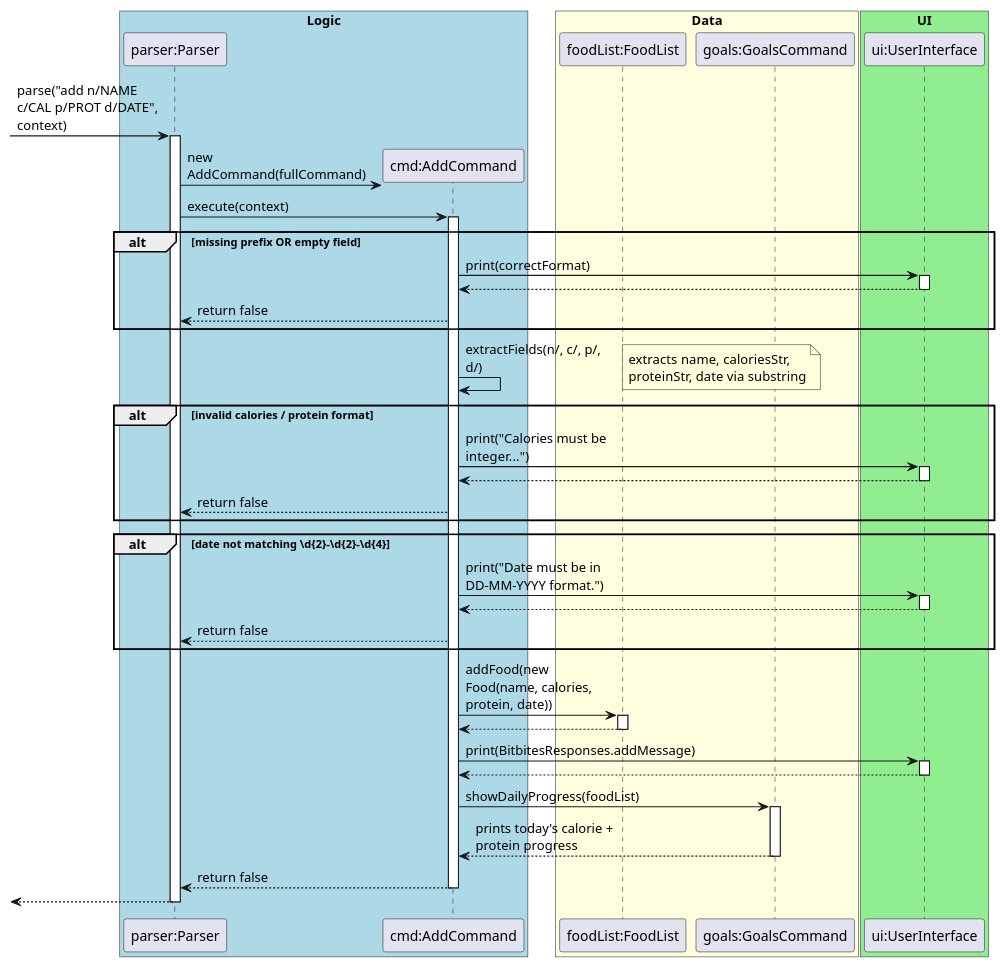
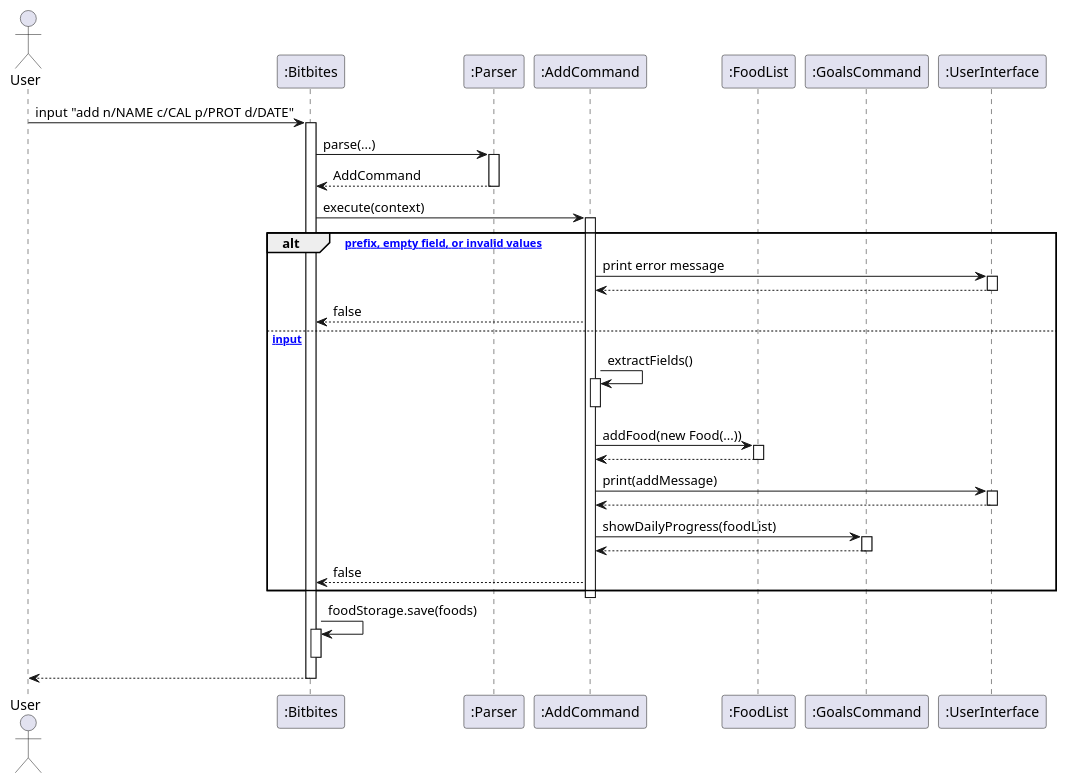
One commit to bryanyeo3125/tp changed the diagram in docs/uml/add_sequence.puml. Above: the diagram before and after it, drawn with PlantUML. The commit also changed 31 other files, not shown here.

```diff
--- a/docs/uml/add_sequence.puml
+++ b/docs/uml/add_sequence.puml
@@ -1,73 +1,57 @@
 @startuml
-skinparam arrowThickness 1.1
-skinparam maxMessageSize 150
+actor User
+participant ":Bitbites" as Bitbites
+participant ":Parser" as Parser
+participant ":AddCommand" as AddCommand
+participant ":FoodList" as FoodList
+participant ":GoalsCommand" as GoalsCommand
+participant ":UserInterface" as UI
 
-box "Logic" #LightBlue
-participant "parser:Parser" as Parser
-participant "cmd:AddCommand" as Add
-end box
+User -> Bitbites : input "add n/NAME c/CAL p/PROT d/DATE"
+activate Bitbites
 
-box "Data" #LightYellow
-participant "foodList:FoodList" as FoodList
-participant "goals:GoalsCommand" as Goals
-end box
+Bitbites -> Parser : parse(...)
+activate Parser
+Parser --> Bitbites : AddCommand
+deactivate Parser
 
-box "UI" #LightGreen
-participant "ui:UserInterface" as UI
-end box
+Bitbites -> AddCommand : execute(context)
+activate AddCommand
 
--> Parser : parse("add n/NAME c/CAL p/PROT d/DATE", context)
-activate Parser
+alt [missing prefix, empty field, or invalid values]
+  AddCommand -> UI : print error message
+  activate UI
+  UI --> AddCommand
+  deactivate UI
+  AddCommand --> Bitbites : false
+else [valid input]
+  AddCommand -> AddCommand : extractFields()
+  activate AddCommand
+  deactivate AddCommand
 
-Parser -> Add ** : new AddCommand(fullCommand)
-Parser -> Add : execute(context)
-activate Add
+  AddCommand -> FoodList : addFood(new Food(...))
+  activate FoodList
+  FoodList --> AddCommand
+  deactivate FoodList
 
-alt missing prefix OR empty field
-    Add -> UI : print(correctFormat)
-    activate UI
-    UI --> Add
-    deactivate UI
-    Add --> Parser : return false
+  AddCommand -> UI : print(addMessage)
+  activate UI
+  UI --> AddCommand
+  deactivate UI
+
+  AddCommand -> GoalsCommand : showDailyProgress(foodList)
+  activate GoalsCommand
+  GoalsCommand --> AddCommand
+  deactivate GoalsCommand
+
+  AddCommand --> Bitbites : false
 end
+deactivate AddCommand
 
-Add -> Add : extractFields(n/, c/, p/, d/)
-note right : extracts name, caloriesStr,\nproteinStr, date via substring
+Bitbites -> Bitbites : foodStorage.save(foods)
+activate Bitbites
+deactivate Bitbites
 
-alt invalid calories / protein format
-    Add -> UI : print("Calories must be integer...")
-    activate UI
-    UI --> Add
-    deactivate UI
-    Add --> Parser : return false
-end
-
-alt date not matching \\d{2}-\\d{2}-\\d{4}
-    Add -> UI : print("Date must be in DD-MM-YYYY format.")
-    activate UI
-    UI --> Add
-    deactivate UI
-    Add --> Parser : return false
-end
-
-Add -> FoodList : addFood(new Food(name, calories, protein, date))
-activate FoodList
-FoodList --> Add
-deactivate FoodList
-
-Add -> UI : print(BitbitesResponses.addMessage)
-activate UI
-UI --> Add
-deactivate UI
-
-Add -> Goals : showDailyProgress(foodList)
-activate Goals
-Goals --> Add : prints today's calorie + protein progress
-deactivate Goals
-
-Add --> Parser : return false
-deactivate Add
-
-<-- Parser
-deactivate Parser
+Bitbites --> User
+deactivate Bitbites
 @enduml
```
